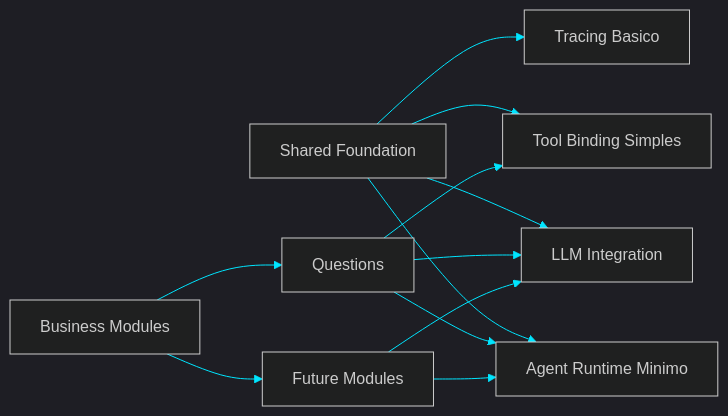
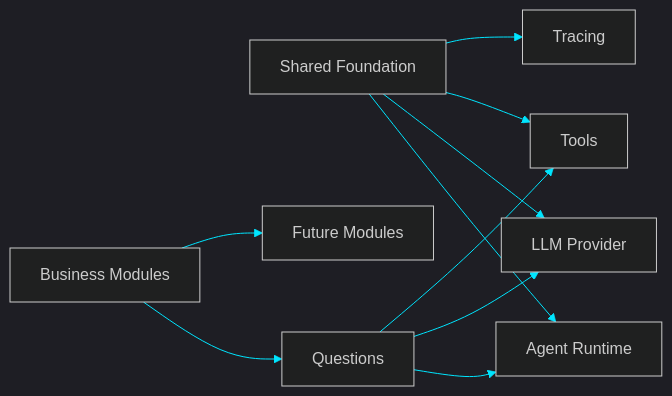
Before and after one commit to matheusdiamantino-betalent/questions-ai: the diagram in Discussion — Base Global de Agents Básicos.md, drawn with Mermaid. The commit also changed other lines of this file, not shown here.

````diff
--- a/Discussion — Base Global de Agents Básicos.md
+++ b/Discussion — Base Global de Agents Básicos.md
@@ -173,17 +327,15 @@
 ```mermaid
 %%{init: {'theme':'dark','themeVariables':{'primaryColor':'#0f172a','primaryTextColor':'#e5e7eb','primaryBorderColor':'#39ff14','lineColor':'#00e5ff','secondaryColor':'#111827','tertiaryColor':'#111827'}}}%%
 flowchart LR
-    A[Shared Foundation] --> B[Agent Runtime Minimo]
-    A --> C[LLM Integration]
-    A --> D[Tool Binding Simples]
-    A --> E[Tracing Basico]
+    A[Shared Foundation] --> B[Agent Runtime]
+    A --> C[LLM Provider]
+    A --> D[Tools]
+    A --> E[Tracing]
 
     F[Business Modules] --> G[Questions]
     F --> H[Future Modules]
 
     G --> B
     G --> C
     G --> D
-    H --> B
-    H --> C
 ```
````
